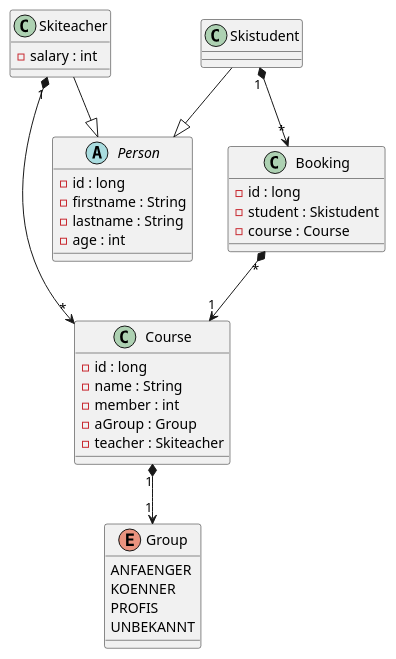
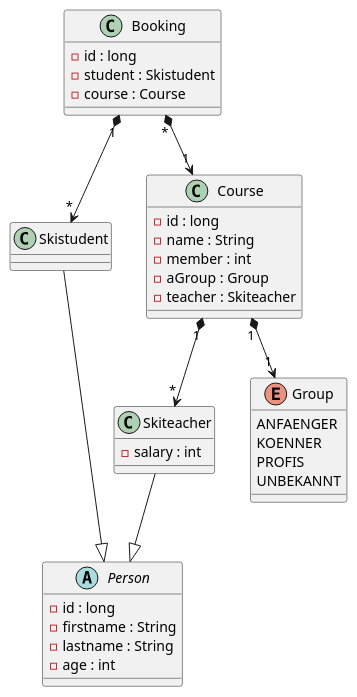
One commit to 2122-5ahitm-sew/01-microproject-Primetzvan changed the diagram in asciidocs/plantuml/cld.puml. Above: the diagram before and after it, drawn with PlantUML.

```diff
--- a/asciidocs/plantuml/cld.puml
+++ b/asciidocs/plantuml/cld.puml
@@ -1,44 +1,44 @@
 @startuml
 
 abstract class Person {
 - id : long
 - firstname : String
 - lastname : String
 - age : int
 }
 
 class Skiteacher {
 - salary : int
 }
 
 class Skistudent{
 }
 
 class Course{
 - id : long
 - name : String
 - member : int
 - aGroup : Group
 - teacher : Skiteacher
 }
 
 class Booking{
 - id : long
 - student : Skistudent
 - course : Course
 }
 
 enum Group {
 ANFAENGER
 KOENNER
 PROFIS
 UNBEKANNT
 }
 
-Skiteacher "1" *--> "*" Course
-Skistudent "1" *--> "*" Booking
+Course "1" *--> "*" Skiteacher
+Booking "1" *--> "*" Skistudent
 Booking "*" *--> "1" Course
 Skiteacher --|> Person
 Skistudent --|> Person
 Course "1" *--> "1" Group
 @enduml
```
